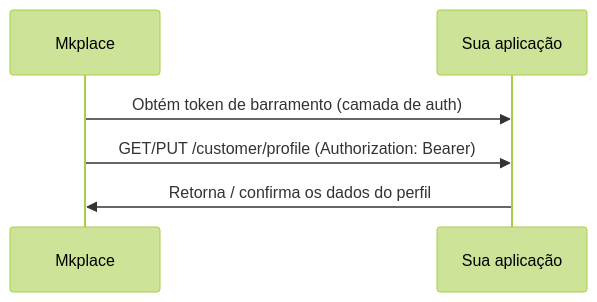
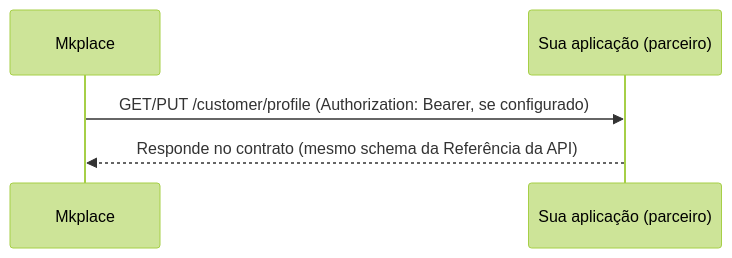
One commit to mkplace/docs changed the diagram in stores/perfil.mdx. Above: the diagram before and after it, drawn with Mermaid (forest theme). The commit also changed other lines of this file and 6 other files, not shown here.

````diff
--- a/stores/perfil.mdx
+++ b/stores/perfil.mdx
@@ -16,8 +18,7 @@
 ```mermaid
 sequenceDiagram
     participant MK as Mkplace
-    participant App as Sua aplicação
-    MK->>App: Obtém token de barramento (camada de auth)
-    MK->>App: GET/PUT /customer/profile (Authorization: Bearer)
-    App->>MK: Retorna / confirma os dados do perfil
+    participant App as Sua aplicação (parceiro)
+    MK->>App: GET/PUT /customer/profile (Authorization: Bearer, se configurado)
+    App-->>MK: Responde no contrato (mesmo schema da Referência da API)
 ```
````
